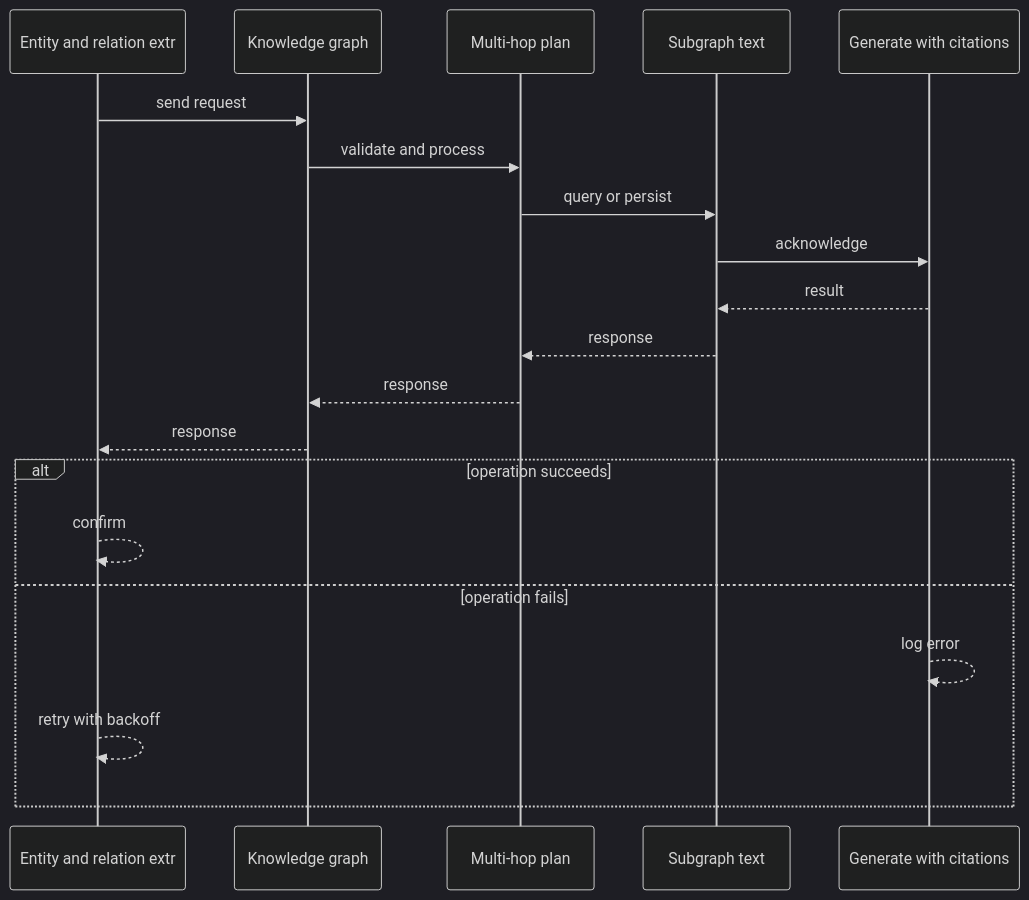
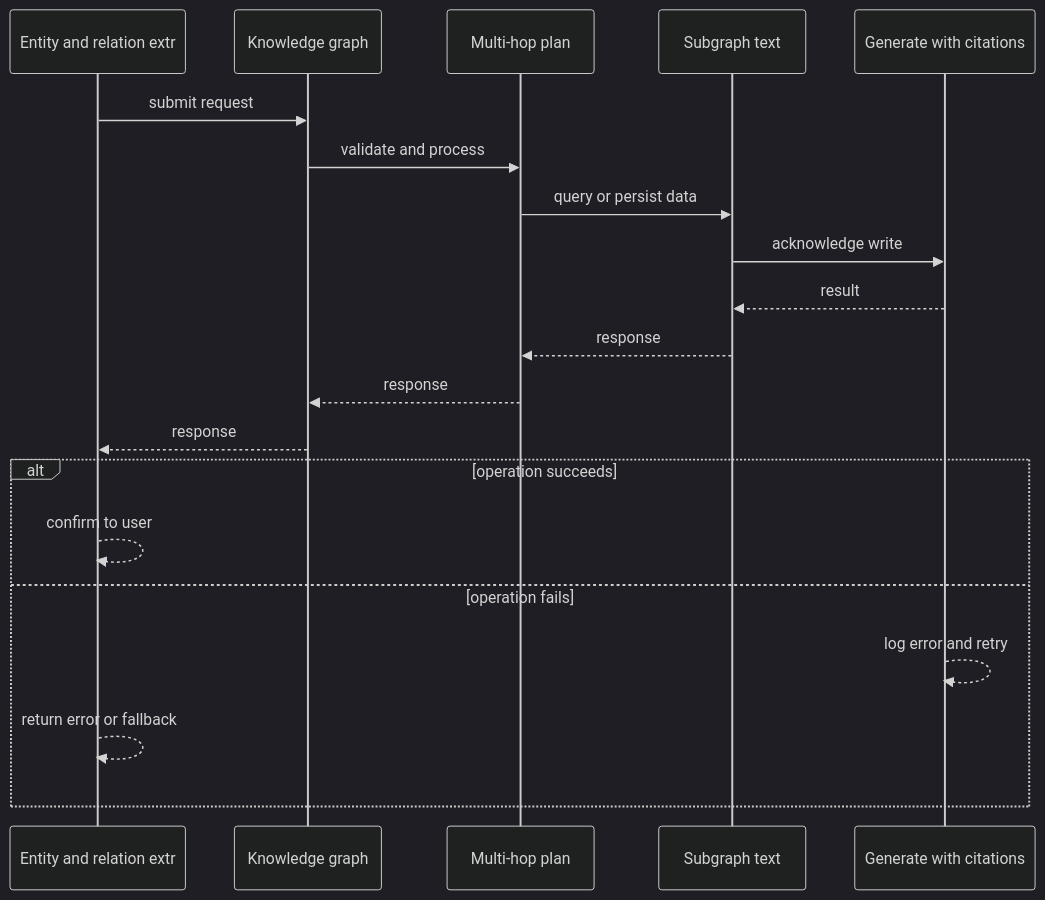
The second of 4 diagrams in case-studies/ai-systems/graphrag-research-platform.md (RIT-MESH/system-design-mastery), drawn with Mermaid (dark theme) before and after one commit. The commit also changed other lines of this file and 127 other files, not shown here.

First line of the commit message:
Improve all case study diagrams: case-specific sequences, fix truncated labels

````diff
--- a/case-studies/ai-systems/graphrag-research-platform.md
+++ b/case-studies/ai-systems/graphrag-research-platform.md
@@ -73,23 +73,23 @@
 ```mermaid
 %% created-for: system-design-mastery
 sequenceDiagram
-  participant C0 as Entity and relation extr
-  participant C1 as Knowledge graph
-  participant C2 as Multi-hop plan
-  participant C3 as Subgraph text
-  participant C4 as Generate with citations
-  C0 ->> C1: send request
-  C1 ->> C2: validate and process
-  C2 ->> C3: query or persist
-  C3 ->> C4: acknowledge
-  C4 -->> C3: result
-  C3 -->> C2: response
-  C2 -->> C1: response
-  C1 -->> C0: response
+  participant P0 as Entity and relation extr
+  participant P1 as Knowledge graph
+  participant P2 as Multi-hop plan
+  participant P3 as Subgraph text
+  participant P4 as Generate with citations
+  P0 ->> P1: submit request
+  P1 ->> P2: validate and process
+  P2 ->> P3: query or persist data
+  P3 ->> P4: acknowledge write
+  P4 -->> P3: result
+  P3 -->> P2: response
+  P2 -->> P1: response
+  P1 -->> P0: response
   alt operation succeeds
-    C0 -->> C0: confirm
+    P0 -->> P0: confirm to user
   else operation fails
-    C4 -->> C4: log error
-    C0 -->> C0: retry with backoff
+    P4 -->> P4: log error and retry
+    P0 -->> P0: return error or fallback
   end
 ```
````
